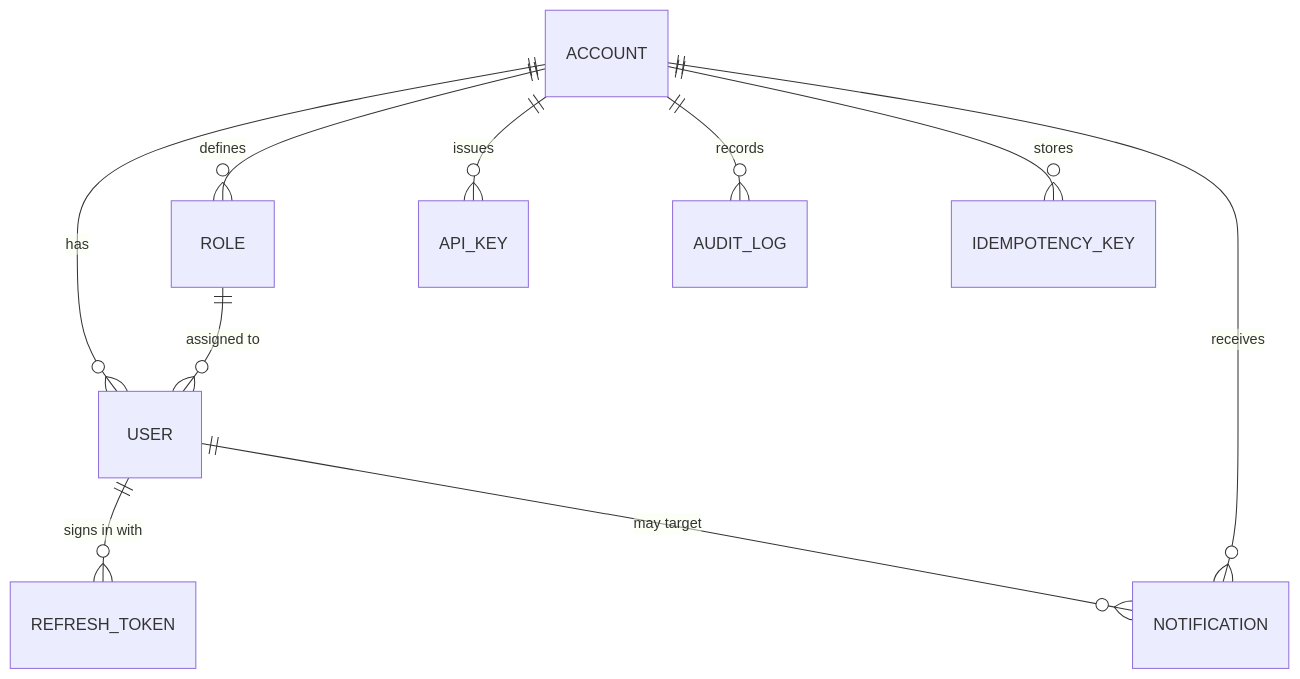
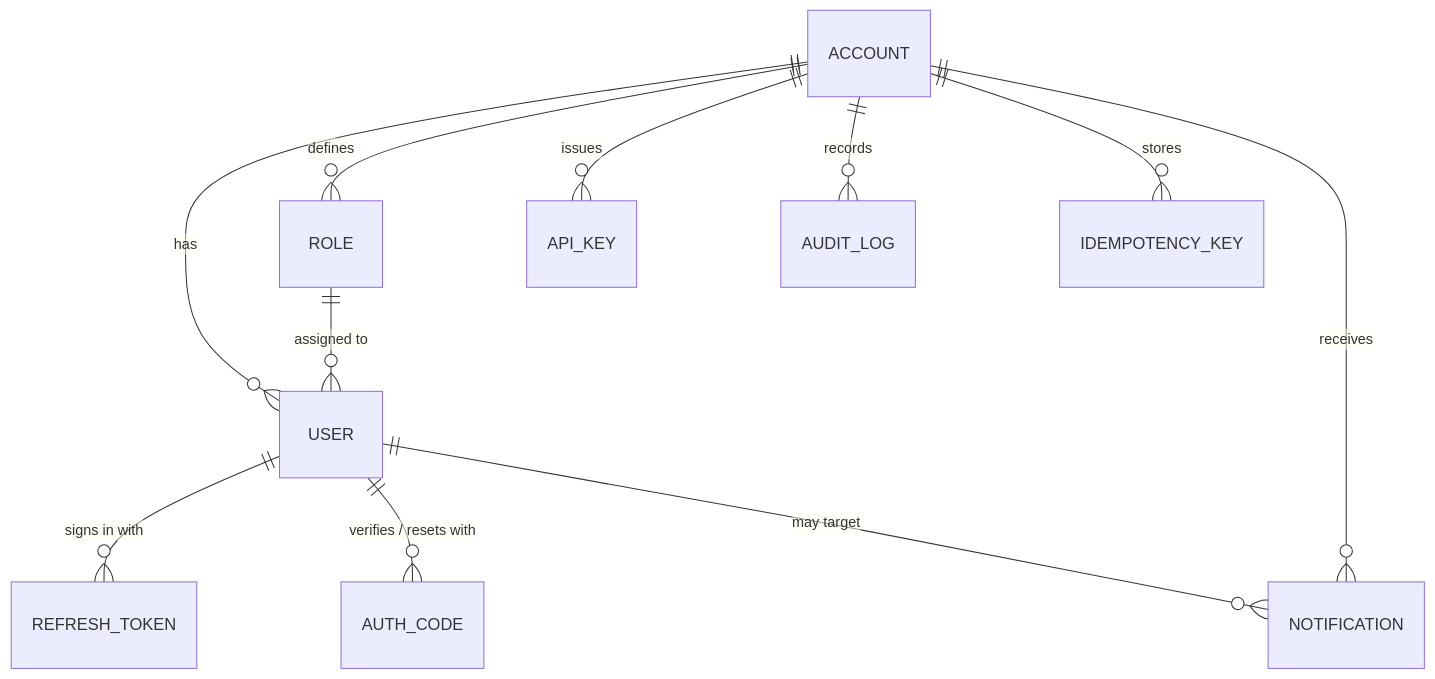
The first of 3 diagrams in docs/conventions/data-model.md (lalitbansal40/cell-ai-voicebot-backend), drawn with Mermaid before and after one commit. The commit also changed other lines of this file and 26 other files, not shown here.

````diff
--- a/docs/conventions/data-model.md
+++ b/docs/conventions/data-model.md
@@ -15,12 +15,13 @@
 ```mermaid
 erDiagram
     ACCOUNT ||--o{ USER : has
     ACCOUNT ||--o{ ROLE : defines
     ROLE ||--o{ USER : "assigned to"
     USER ||--o{ REFRESH_TOKEN : "signs in with"
+    USER ||--o{ AUTH_CODE : "verifies / resets with"
     ACCOUNT ||--o{ API_KEY : issues
     ACCOUNT ||--o{ AUDIT_LOG : records
     ACCOUNT ||--o{ IDEMPOTENCY_KEY : stores
     ACCOUNT ||--o{ NOTIFICATION : receives
     USER ||--o{ NOTIFICATION : "may target"
 ```
````
